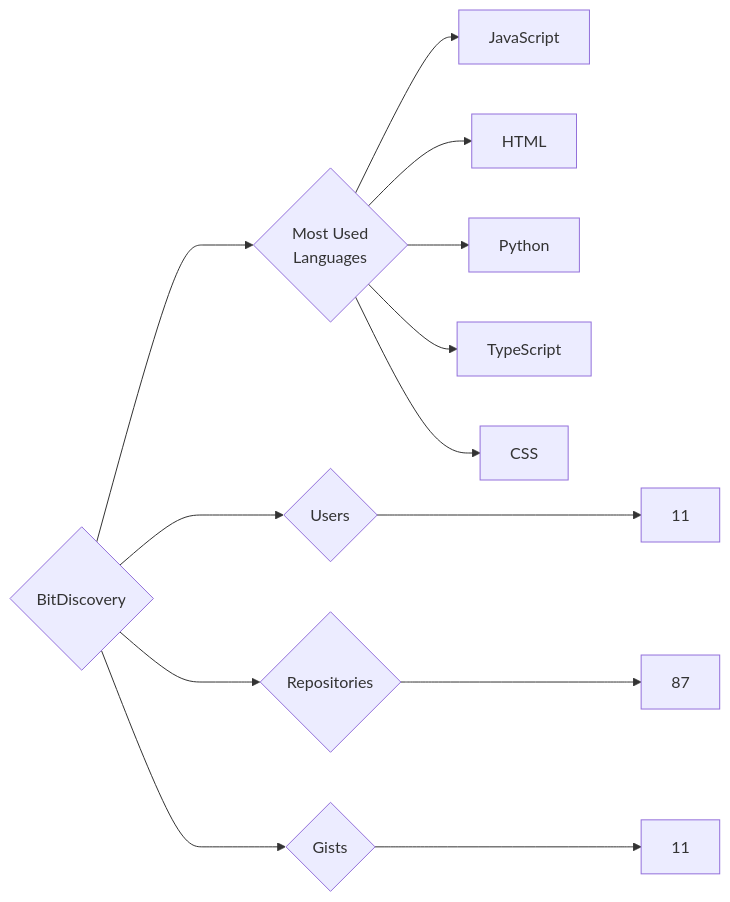
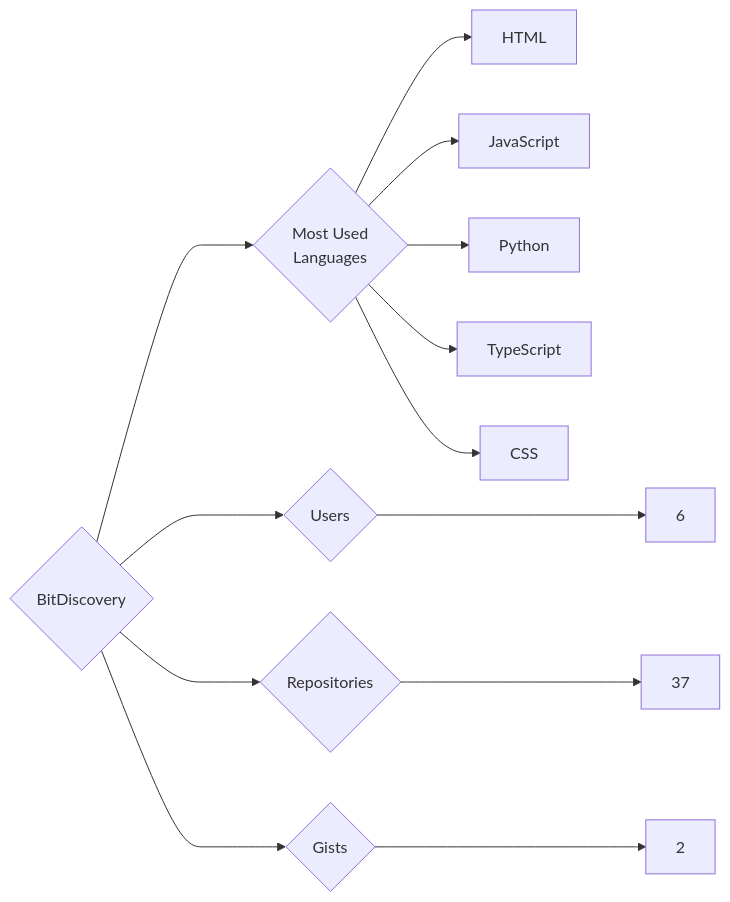
The diagram in targets/BitDiscovery/README.md (trickest/insiders), drawn with Mermaid before and after one commit. The commit also changed 1092 other files, not shown here.

````diff
--- a/targets/BitDiscovery/README.md
+++ b/targets/BitDiscovery/README.md
@@ -3,13 +3,13 @@
 ```mermaid
 graph LR
 COMPANY_NAME{BitDiscovery}
-COMPANY_NAME ---> U{Users} ---> UN[11]
-COMPANY_NAME ---> R{Repositories} ---> RN[87]
-COMPANY_NAME ---> G{Gists} ---> GN[11]
+COMPANY_NAME ---> U{Users} ---> UN[6]
+COMPANY_NAME ---> R{Repositories} ---> RN[37]
+COMPANY_NAME ---> G{Gists} ---> GN[2]
 COMPANY_NAME ---> ML{Most Used<br>Languages}
+ML --> HTML[HTML]
 ML --> JavaScript[JavaScript]
-ML --> HTML[HTML]
 ML --> Python[Python]
 ML --> TypeScript[TypeScript]
 ML --> CSS[CSS]
 ```
````
